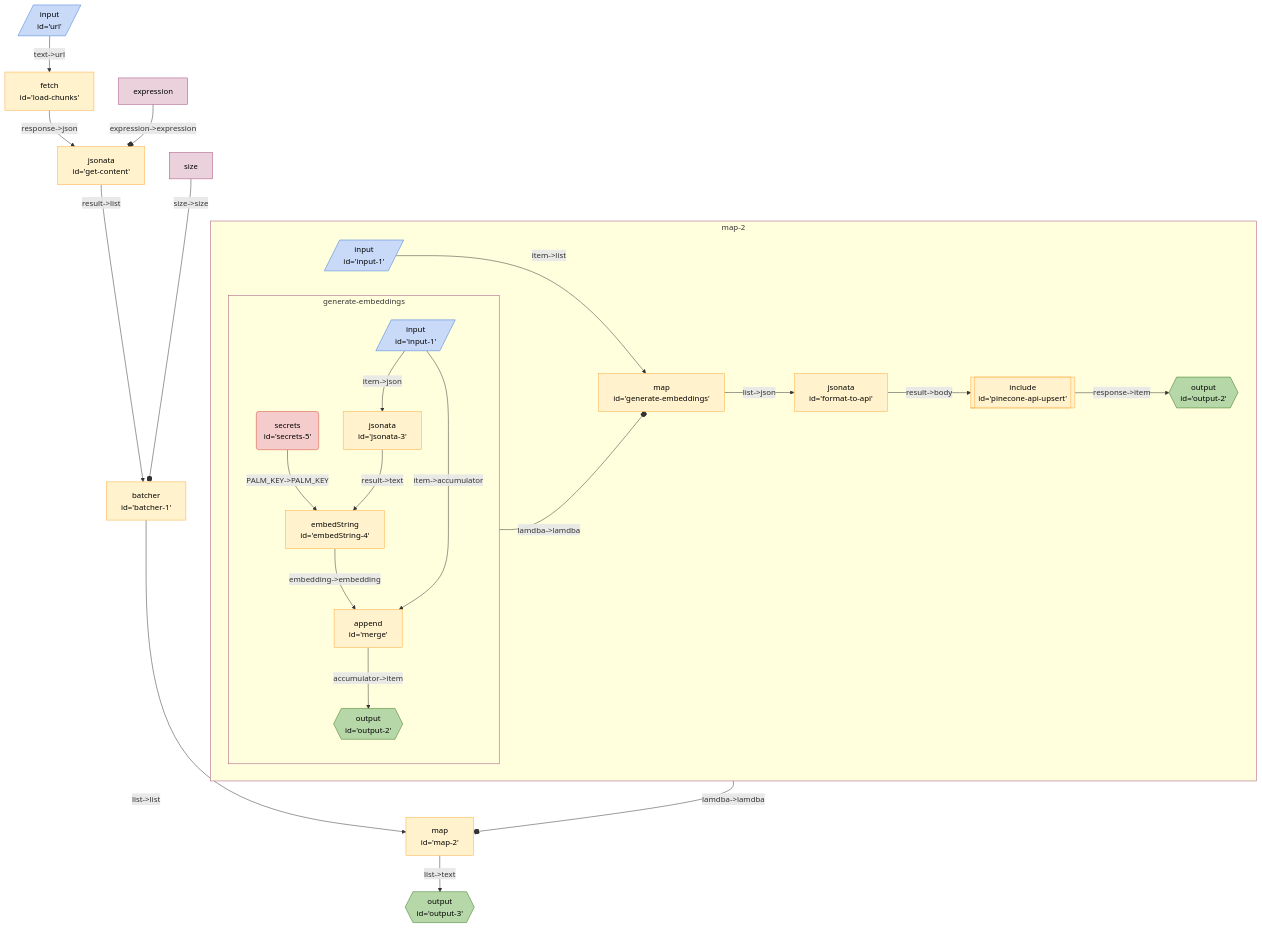
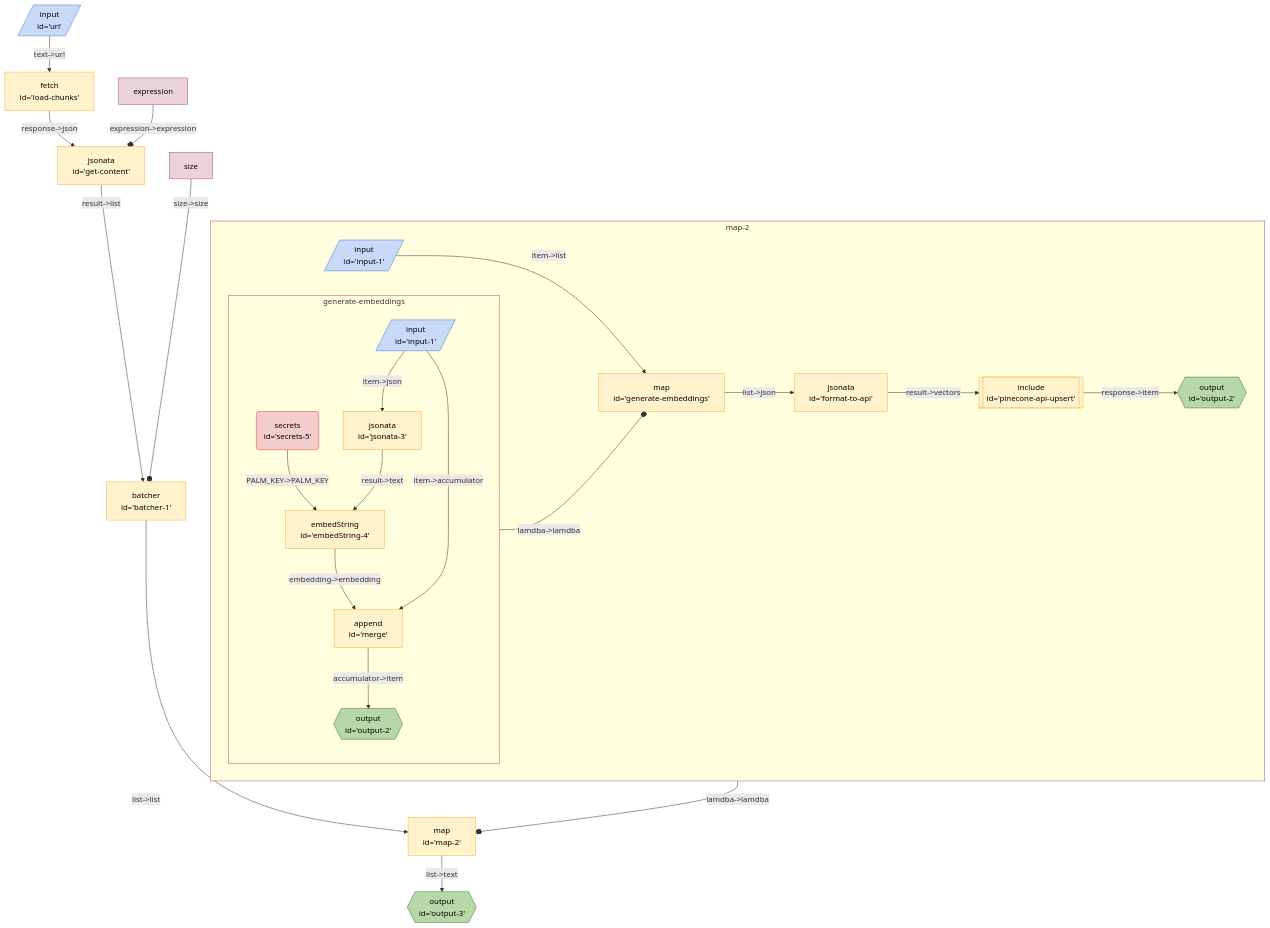
One commit to breadboard-ai/breadboard changed the diagram in seeds/graph-playground/docs/graphs/pinecone-load.md. Above: the diagram before and after it, drawn with Mermaid. The commit also changed 6 other files, not shown here.

Commit message:
[graph-playground] Tweak `pinecone-api-upsert`.

````diff
--- a/seeds/graph-playground/docs/graphs/pinecone-load.md
+++ b/seeds/graph-playground/docs/graphs/pinecone-load.md
@@ -5,43 +5,43 @@
   ```mermaid
   %%{init: 'themeVariables': { 'fontFamily': 'Fira Code, monospace' }}%%
 graph TD;
 map2["map <br> id='map-2'"] -- "list->text" --> output3{{"output <br> id='output-3'"}}:::output
 subgraph sg_map2 [map-2]
 map2_pineconeapiupsert[["include <br> id='pinecone-api-upsert'"]]:::include -- "response->item" --> map2_output2{{"output <br> id='output-2'"}}:::output
-map2_formattoapi["jsonata <br> id='format-to-api'"] -- "result->body" --> map2_pineconeapiupsert[["include <br> id='pinecone-api-upsert'"]]:::include
+map2_formattoapi["jsonata <br> id='format-to-api'"] -- "result->vectors" --> map2_pineconeapiupsert[["include <br> id='pinecone-api-upsert'"]]:::include
 map2_generateembeddings["map <br> id='generate-embeddings'"] -- "list->json" --> map2_formattoapi["jsonata <br> id='format-to-api'"]
 subgraph sg_generateembeddings [generate-embeddings]
 map2_generateembeddings_embedString4["embedString <br> id='embedString-4'"] -- "embedding->embedding" --> map2_generateembeddings_merge["append <br> id='merge'"]
 map2_generateembeddings_secrets5("secrets <br> id='secrets-5'"):::secrets -- "PALM_KEY->PALM_KEY" --> map2_generateembeddings_embedString4["embedString <br> id='embedString-4'"]
 map2_generateembeddings_jsonata3["jsonata <br> id='jsonata-3'"] -- "result->text" --> map2_generateembeddings_embedString4["embedString <br> id='embedString-4'"]
 map2_generateembeddings_input1[/"input <br> id='input-1'"/]:::input -- "item->json" --> map2_generateembeddings_jsonata3["jsonata <br> id='jsonata-3'"]
 map2_generateembeddings_merge["append <br> id='merge'"] -- "accumulator->item" --> map2_generateembeddings_output2{{"output <br> id='output-2'"}}:::output
 map2_generateembeddings_input1[/"input <br> id='input-1'"/]:::input -- "item->accumulator" --> map2_generateembeddings_merge["append <br> id='merge'"]
 
 
 end
 sg_generateembeddings:::slotted -- "lamdba->lamdba" --o map2_generateembeddings
 
 map2_input1[/"input <br> id='input-1'"/]:::input -- "item->list" --> map2_generateembeddings["map <br> id='generate-embeddings'"]
 
 
 
 end
 sg_map2:::slotted -- "lamdba->lamdba" --o map2
 
 batcher1["batcher <br> id='batcher-1'"] -- "list->list" --> map2["map <br> id='map-2'"]
 getcontent["jsonata <br> id='get-content'"] -- "result->list" --> batcher1["batcher <br> id='batcher-1'"]
 loadchunks["fetch <br> id='load-chunks'"] -- "response->json" --> getcontent["jsonata <br> id='get-content'"]
 url[/"input <br> id='url'"/]:::input -- "text->url" --> loadchunks["fetch <br> id='load-chunks'"]
 expressiongetcontent[expression]:::config -- "expression->expression" --o getcontent
 sizebatcher1[size]:::config -- "size->size" --o batcher1
 
 classDef default stroke:#ffab40,fill:#fff2ccff,color:#000
 classDef input stroke:#3c78d8,fill:#c9daf8ff,color:#000
 classDef output stroke:#38761d,fill:#b6d7a8ff,color:#000
 classDef passthrough stroke:#a64d79,fill:#ead1dcff,color:#000
 classDef slot stroke:#a64d79,fill:#ead1dcff,color:#000
 classDef config stroke:#a64d79,fill:#ead1dcff,color:#000
 classDef secrets stroke:#db4437,fill:#f4cccc,color:#000
 classDef slotted stroke:#a64d79
   ```
````
